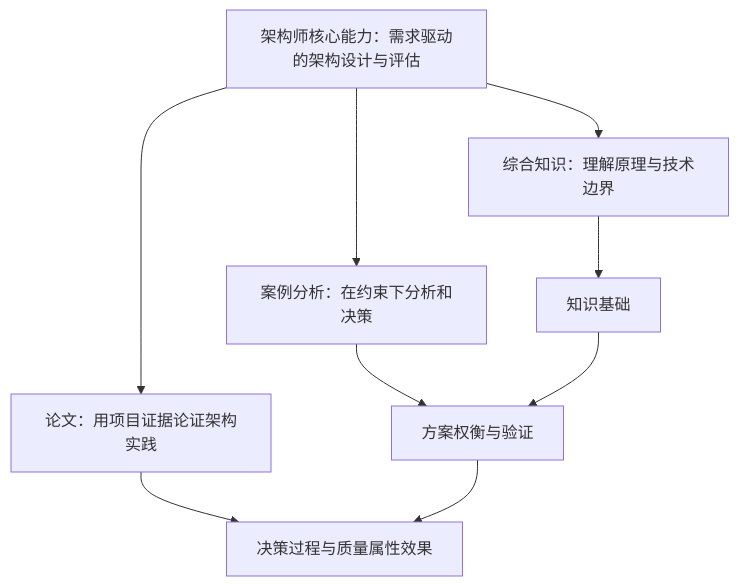
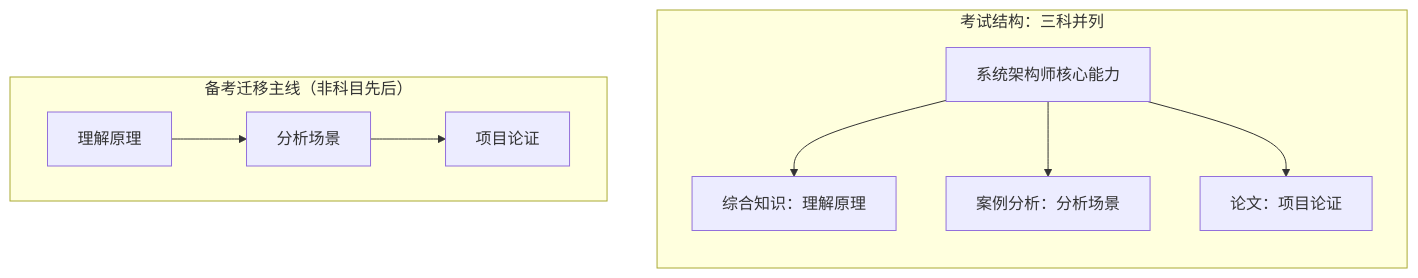
The diagram in docs/system-architecture-designer/01_官方大纲与考试政策/00_考试全景总览.md (mingf423/ruankao), drawn with Mermaid before and after one commit. The commit also changed other lines of this file, not shown here.

Commit message:
优化考试总览图的科目与迁移关系

````diff
--- a/docs/system-architecture-designer/01_官方大纲与考试政策/00_考试全景总览.md
+++ b/docs/system-architecture-designer/01_官方大纲与考试政策/00_考试全景总览.md
@@ -5,12 +5,15 @@
 ```mermaid
-flowchart TD
-  A["架构师核心能力：需求驱动的架构设计与评估"]
-  A --> B["综合知识：理解原理与技术边界"]
-  A --> C["案例分析：在约束下分析和决策"]
-  A --> D["论文：用项目证据论证架构实践"]
-  B --> E["知识基础"]
-  C --> F["方案权衡与验证"]
-  D --> G["决策过程与质量属性效果"]
-  E --> F
-  F --> G
+flowchart TB
+  subgraph EXAM["考试结构：三科并列"]
+    direction TB
+    A["系统架构师核心能力"]
+    A --> B["综合知识：理解原理"]
+    A --> C["案例分析：分析场景"]
+    A --> D["论文：项目论证"]
+  end
+
+  subgraph LEARNING["备考迁移主线（非科目先后）"]
+    direction LR
+    E["理解原理"] --> F["分析场景"] --> G["项目论证"]
+  end
 ```
````
